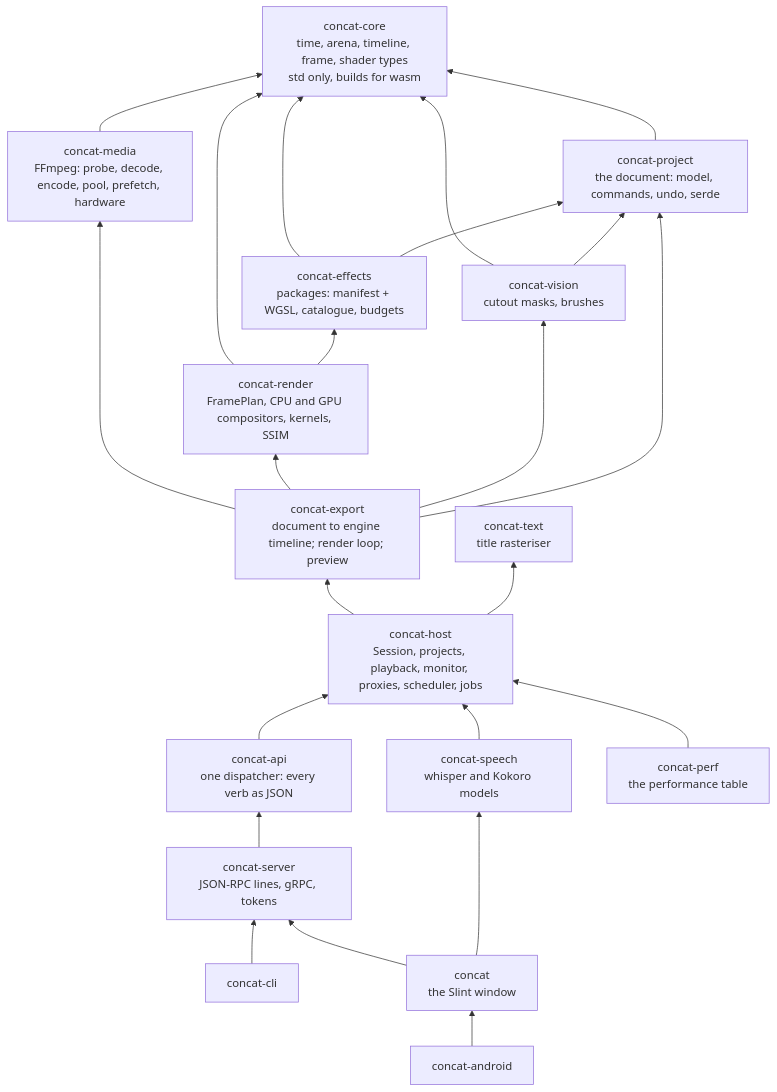
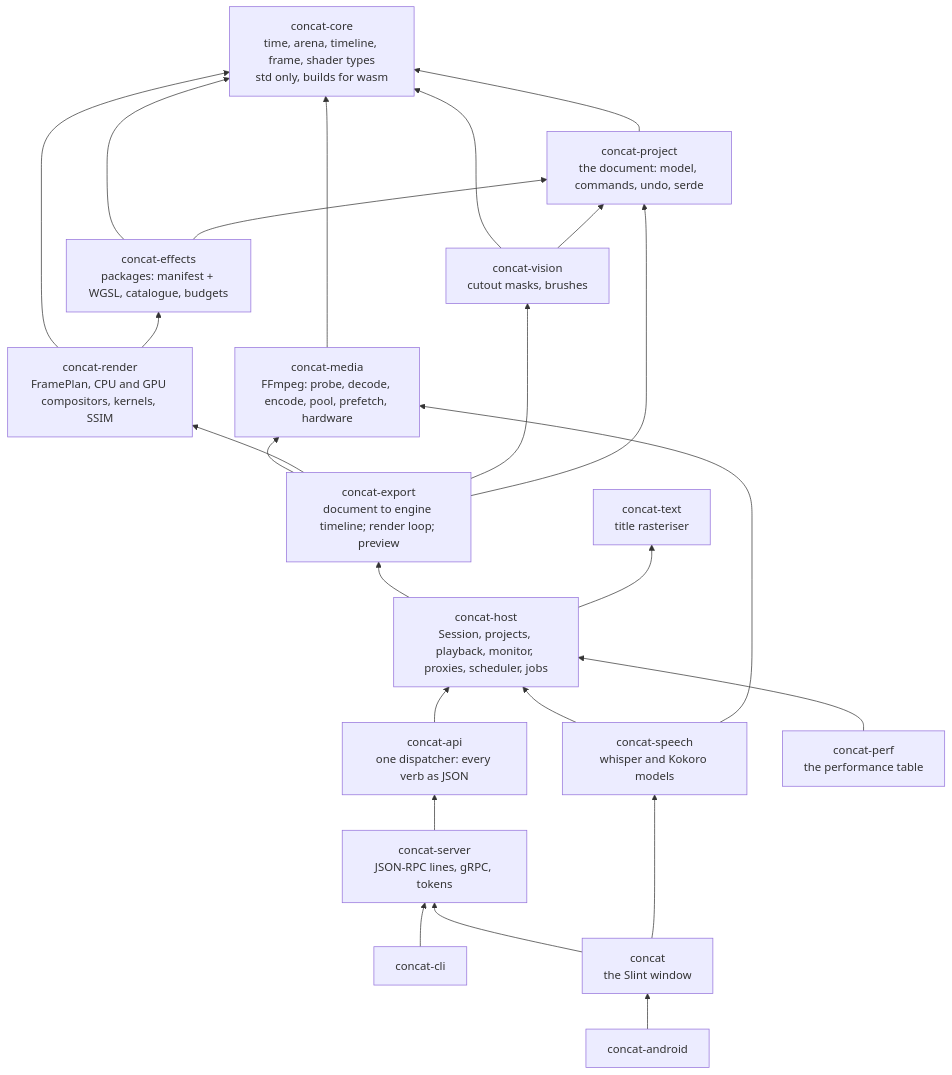
Before and after one commit to jub0t/Concat: the first of 7 diagrams in ARCHITECTURE.md, drawn with Mermaid. The commit also changed other lines of this file and 7 other files, not shown here.

````diff
--- a/ARCHITECTURE.md
+++ b/ARCHITECTURE.md
@@ -18,42 +18,43 @@
 ```mermaid
 graph BT
     core["concat-core<br/>time, arena, timeline, frame, shader types<br/>std only, builds for wasm"]
     project["concat-project<br/>the document: model, commands, undo, serde"]
     media["concat-media<br/>FFmpeg: probe, decode, encode, pool, prefetch, hardware"]
     effects["concat-effects<br/>packages: manifest + WGSL, catalogue, budgets"]
     render["concat-render<br/>FramePlan, CPU and GPU compositors, kernels, SSIM"]
     vision["concat-vision<br/>cutout masks, brushes"]
     text["concat-text<br/>title rasteriser"]
     export["concat-export<br/>document to engine timeline; render loop; preview"]
     host["concat-host<br/>Session, projects, playback, monitor, proxies, scheduler, jobs"]
     speech["concat-speech<br/>whisper and Kokoro models"]
     api["concat-api<br/>one dispatcher: every verb as JSON"]
     server["concat-server<br/>JSON-RPC lines, gRPC, tokens"]
     cli["concat-cli"]
     window["concat<br/>the Slint window"]
     android["concat-android"]
     perf["concat-perf<br/>the performance table"]
 
     project --> core
     media --> core
     effects --> core
     effects --> project
     render --> core
     render --> effects
     vision --> core
     vision --> project
     export --> media
     export --> render
     export --> vision
     export --> project
     host --> export
     host --> text
     speech --> host
+    speech --> media
     api --> host
     server --> api
     cli --> server
     window --> server
     window --> speech
     android --> window
     perf --> host
 ```
````
